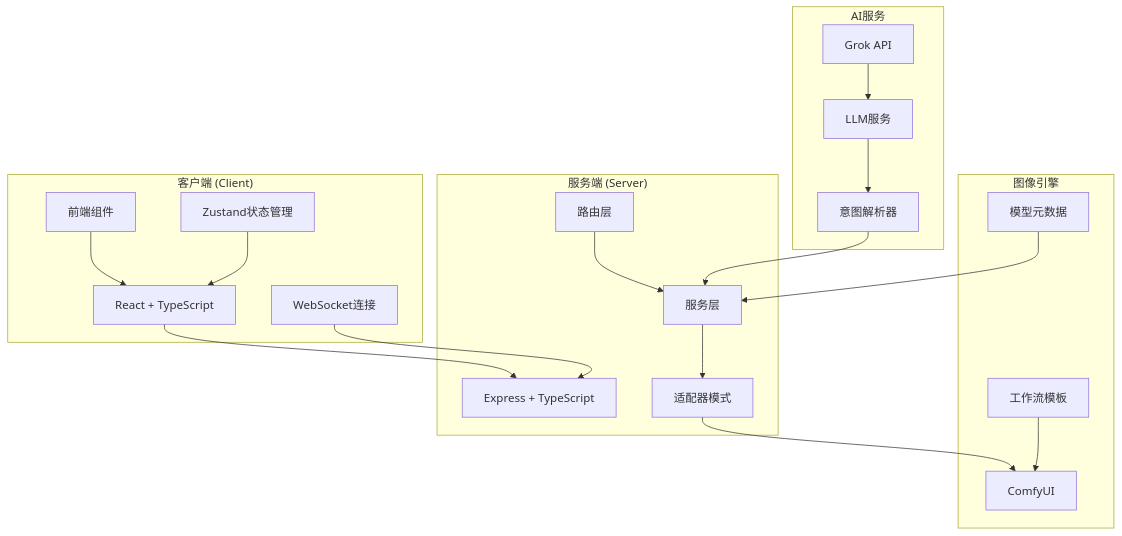
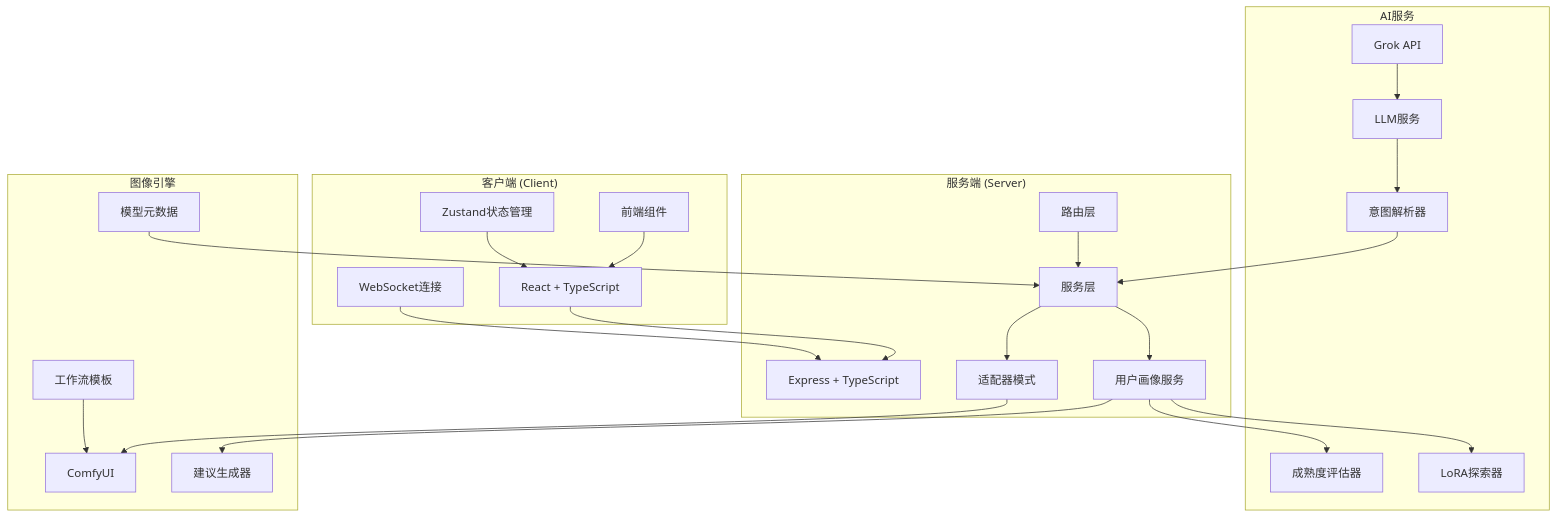
Before and after one commit to billye220670/CorineKit_Pix2Real: the first of 14 diagrams in .qoder/repowiki/zh/content/前端应用/AI智能代理系统/AI智能代理系统.md, drawn with Mermaid. The commit also changed other lines of this file and 14 other files, not shown here.

````diff
--- a/.qoder/repowiki/zh/content/前端应用/AI智能代理系统/AI智能代理系统.md
+++ b/.qoder/repowiki/zh/content/前端应用/AI智能代理系统/AI智能代理系统.md
@@ -51,37 +64,45 @@
 ```mermaid
 graph TB
 subgraph "客户端 (Client)"
 A[React + TypeScript]
 B[前端组件]
 C[Zustand状态管理]
 D[WebSocket连接]
 end
 subgraph "服务端 (Server)"
 E[Express + TypeScript]
 F[路由层]
 G[服务层]
 H[适配器模式]
+I[用户画像服务]
 end
 subgraph "AI服务"
-I[Grok API]
-J[LLM服务]
-K[意图解析器]
+J[Grok API]
+K[LLM服务]
+L[意图解析器]
+M[成熟度评估器]
+N[LoRA探索器]
 end
 subgraph "图像引擎"
-L[ComfyUI]
-M[工作流模板]
-N[模型元数据]
+O[ComfyUI]
+P[工作流模板]
+Q[模型元数据]
+R[建议生成器]
 end
 A --> E
 B --> A
 C --> A
 D --> E
 F --> G
 G --> H
-H --> L
-I --> J
+G --> I
+H --> O
+I --> M
+I --> N
+I --> R
 J --> K
-K --> G
-N --> G
-M --> L
+K --> L
+L --> G
+Q --> G
+P --> O
 ```
````
